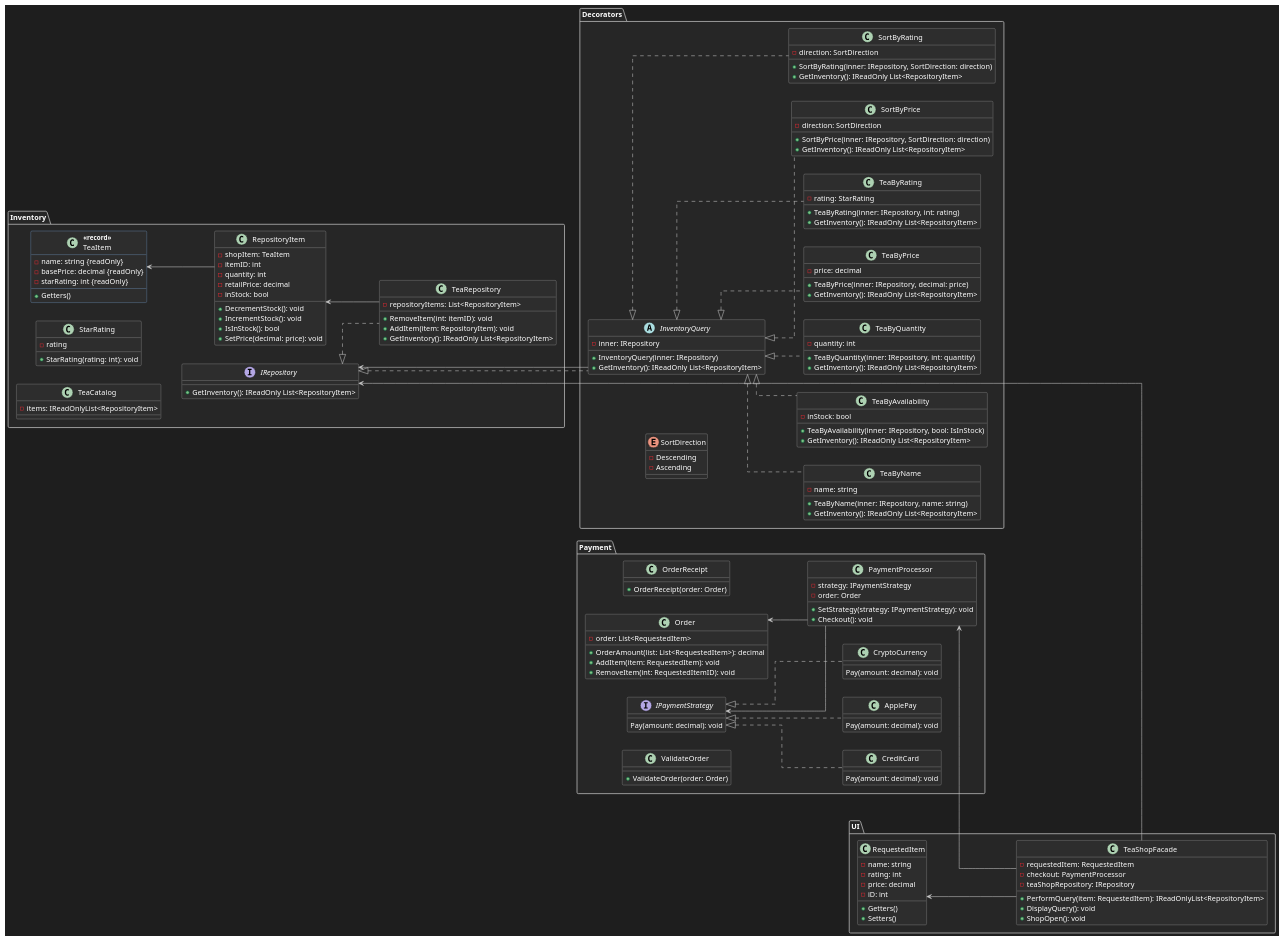
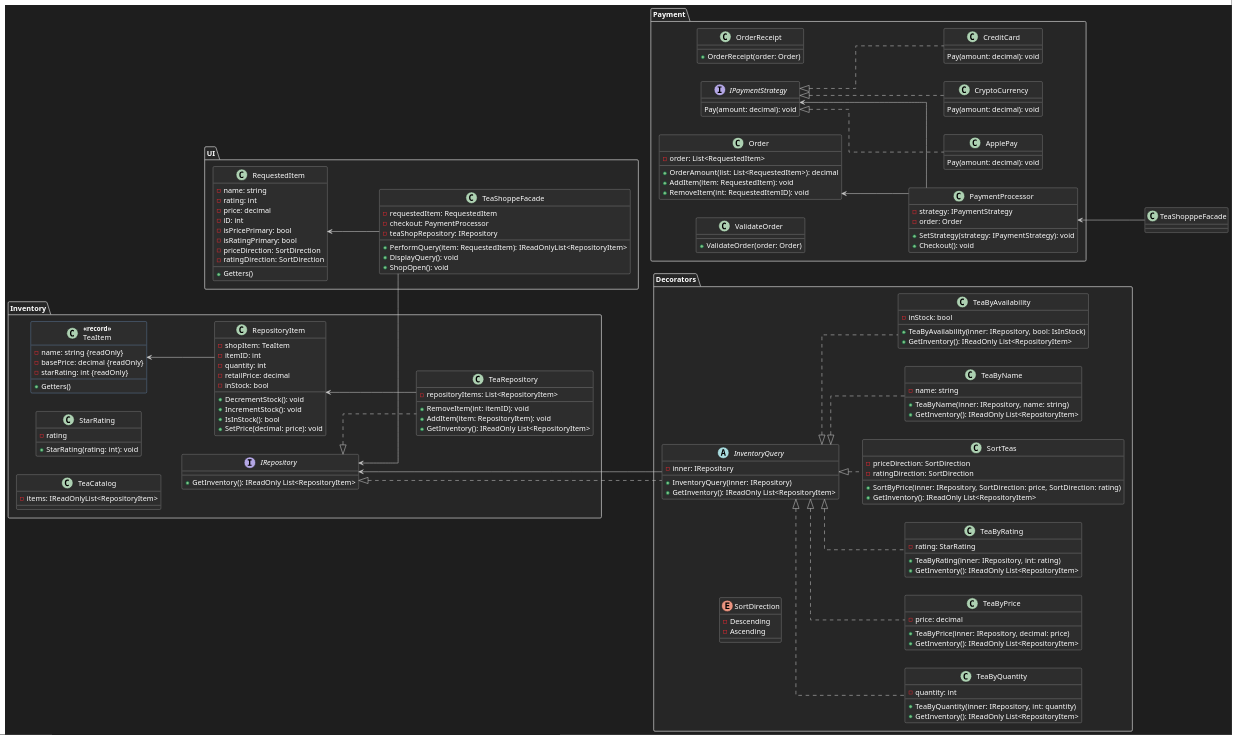
The diagram in tea-shoppe/TeaShoppe/docs/design.puml (Oddwyer/SWE4743_OOD_Assignments), drawn with PlantUML before and after one commit. The commit also changed 14 other files, not shown here.

Commit message:
Marked for param update to RequestedItem w/ RequestedItem class creatoin.

```diff
--- a/tea-shoppe/TeaShoppe/docs/design.puml
+++ b/tea-shoppe/TeaShoppe/docs/design.puml
@@ -119,15 +119,10 @@
 + GetInventory(): IReadOnly List<RepositoryItem>
 }
  
-class SortByPrice{
-- direction: SortDirection
-+ SortByPrice(inner: IRepository, SortDirection: direction)
-+ GetInventory(): IReadOnly List<RepositoryItem>
-}
-
-class SortByRating{
-- direction: SortDirection
-+ SortByRating(inner: IRepository, SortDirection: direction)
+class SortTeas{
+- priceDirection: SortDirection
+- ratingDirection: SortDirection
++ SortByPrice(inner: IRepository, SortDirection: price, SortDirection: rating)
 + GetInventory(): IReadOnly List<RepositoryItem>
 }
 
@@ -181,7 +176,7 @@
 'IV. Classes - UI
 '=======================================
 package UI{
-class TeaShopFacade{
+class TeaShoppeFacade{
 - requestedItem: RequestedItem
 - checkout: PaymentProcessor
 - teaShopRepository: IRepository
@@ -195,8 +190,11 @@
 - rating: int
 - price: decimal
 - iD: int
+- isPricePrimary: bool
+- isRatingPrimary: bool
+- priceDirection: SortDirection
+- ratingDirection: SortDirection
 + Getters()
-+ Setters()
 }
 }
 
@@ -213,16 +211,15 @@
 InventoryQuery <|.. TeaByPrice
 InventoryQuery <|.. TeaByRating
 InventoryQuery <|.. TeaByName
-InventoryQuery <|.. SortByPrice
-InventoryQuery <|.. SortByRating
+InventoryQuery <|.. SortTeas
 IPaymentStrategy <|.. CreditCard
 IPaymentStrategy <|.. ApplePay
 IPaymentStrategy <|.. CryptoCurrency
 IPaymentStrategy <-- PaymentProcessor
 Order <-- PaymentProcessor
-RequestedItem <-- TeaShopFacade
-PaymentProcessor <-- TeaShopFacade
-IRepository <-- TeaShopFacade
+RequestedItem <-- TeaShoppeFacade
+PaymentProcessor <-- TeaShopppeFacade
+IRepository <-- TeaShoppeFacade
 
 ' Hidden Links to Force Clean UML Rendering
 TeaRepository -[hidden]-> InventoryQuery
```
